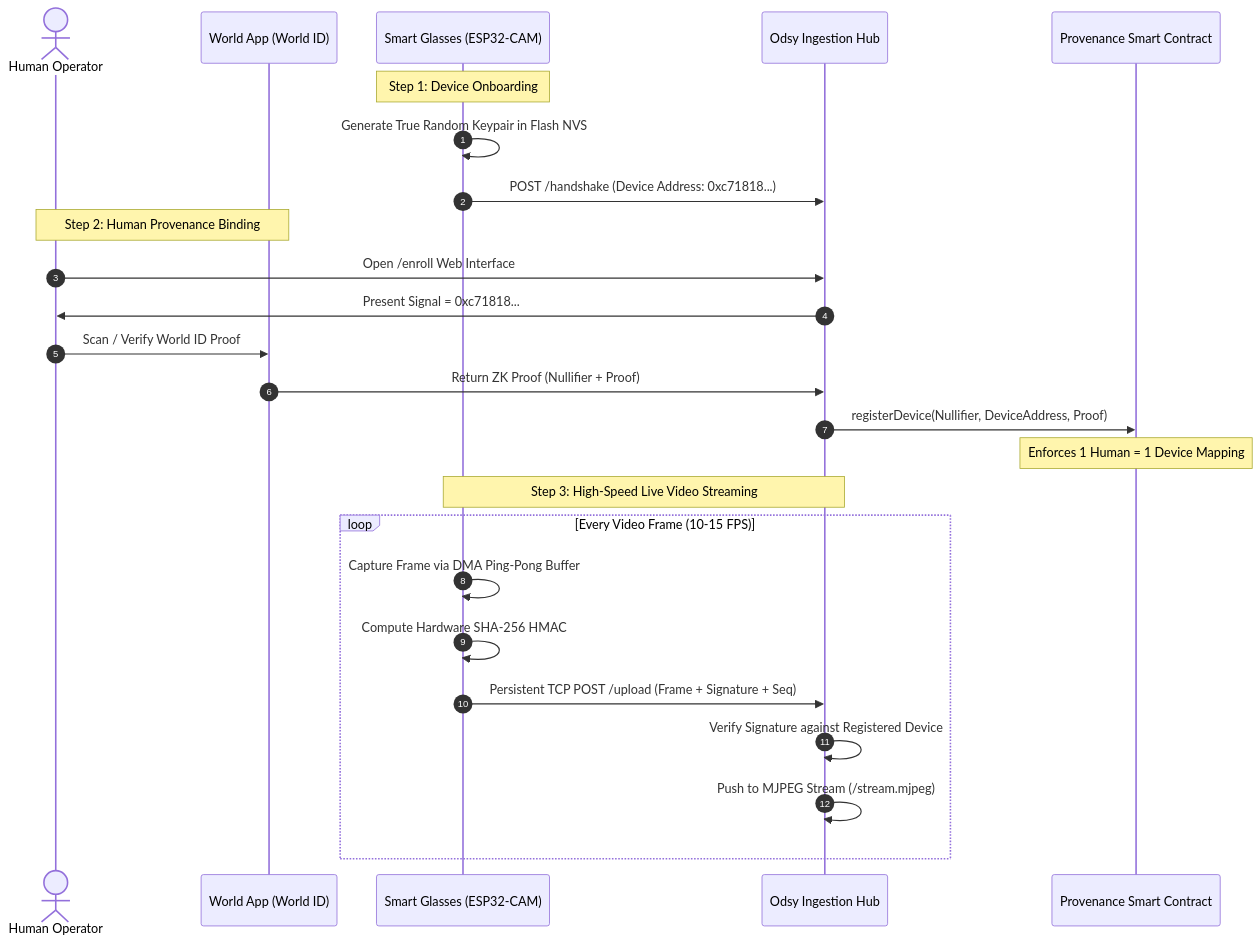
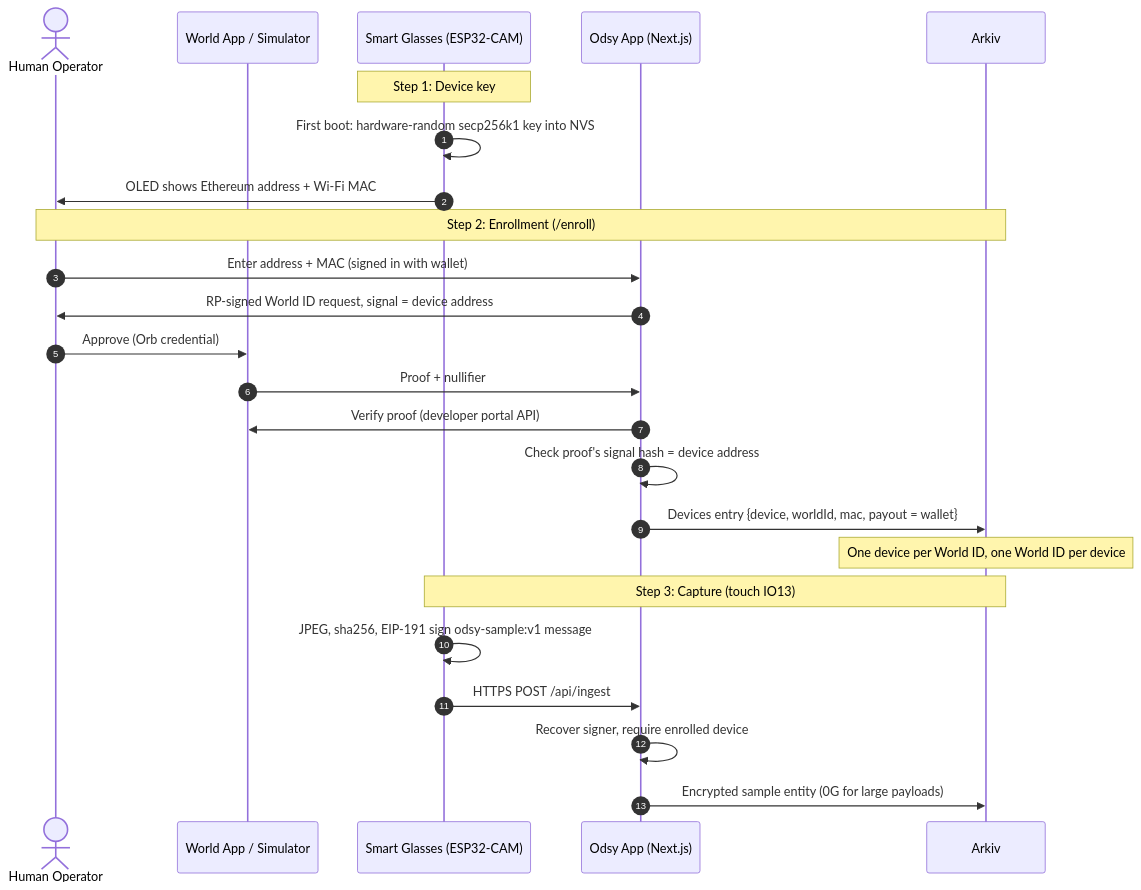
One commit to AnaSyLabs/Odyssey changed the second of 2 diagrams in docs/odsy_provenance_network.md. Above: the diagram before and after it, drawn with Mermaid. The commit also changed other lines of this file and 35 other files, not shown here.

First line of the commit message:
feat(firmware,web): signed touch-capture photos and real World ID enrollment

````diff
--- a/docs/odsy_provenance_network.md
+++ b/docs/odsy_provenance_network.md
@@ -36,30 +37,29 @@
 ```mermaid
 sequenceDiagram
     autonumber
     actor Human as Human Operator
-    participant World as World App (World ID)
+    participant World as World App / Simulator
     participant Glasses as Smart Glasses (ESP32-CAM)
-    participant Hub as Odsy Ingestion Hub
-    participant SmartContract as Provenance Smart Contract
+    participant App as Odsy App (Next.js)
+    participant Arkiv as Arkiv
 
-    Note over Glasses: Step 1: Device Onboarding
-    Glasses->>Glasses: Generate True Random Keypair in Flash NVS
-    Glasses->>Hub: POST /handshake (Device Address: 0xc71818...)
-    
-    Note over Human,World: Step 2: Human Provenance Binding
-    Human->>Hub: Open /enroll Web Interface
-    Hub->>Human: Present Signal = 0xc71818...
-    Human->>World: Scan / Verify World ID Proof
-    World->>Hub: Return ZK Proof (Nullifier + Proof)
-    Hub->>SmartContract: registerDevice(Nullifier, DeviceAddress, Proof)
-    Note over SmartContract: Enforces 1 Human = 1 Device Mapping
+    Note over Glasses: Step 1: Device key
+    Glasses->>Glasses: First boot: hardware-random secp256k1 key into NVS
+    Glasses->>Human: OLED shows Ethereum address + Wi-Fi MAC
 
-    Note over Glasses,Hub: Step 3: High-Speed Live Video Streaming
-    loop Every Video Frame (10-15 FPS)
-        Glasses->>Glasses: Capture Frame via DMA Ping-Pong Buffer
-        Glasses->>Glasses: Compute Hardware SHA-256 HMAC
-        Glasses->>Hub: Persistent TCP POST /upload (Frame + Signature + Seq)
-        Hub->>Hub: Verify Signature against Registered Device
-        Hub->>Hub: Push to MJPEG Stream (/stream.mjpeg)
-    end
+    Note over Human,Arkiv: Step 2: Enrollment (/enroll)
+    Human->>App: Enter address + MAC (signed in with wallet)
+    App->>Human: RP-signed World ID request, signal = device address
+    Human->>World: Approve (Orb credential)
+    World->>App: Proof + nullifier
+    App->>World: Verify proof (developer portal API)
+    App->>App: Check proof's signal hash = device address
+    App->>Arkiv: Devices entry {device, worldId, mac, payout = wallet}
+    Note over Arkiv: One device per World ID, one World ID per device
+
+    Note over Glasses,Arkiv: Step 3: Capture (touch IO13)
+    Glasses->>Glasses: JPEG, sha256, EIP-191 sign odsy-sample:v1 message
+    Glasses->>App: HTTPS POST /api/ingest
+    App->>App: Recover signer, require enrolled device
+    App->>Arkiv: Encrypted sample entity (0G for large payloads)
 ```
````
